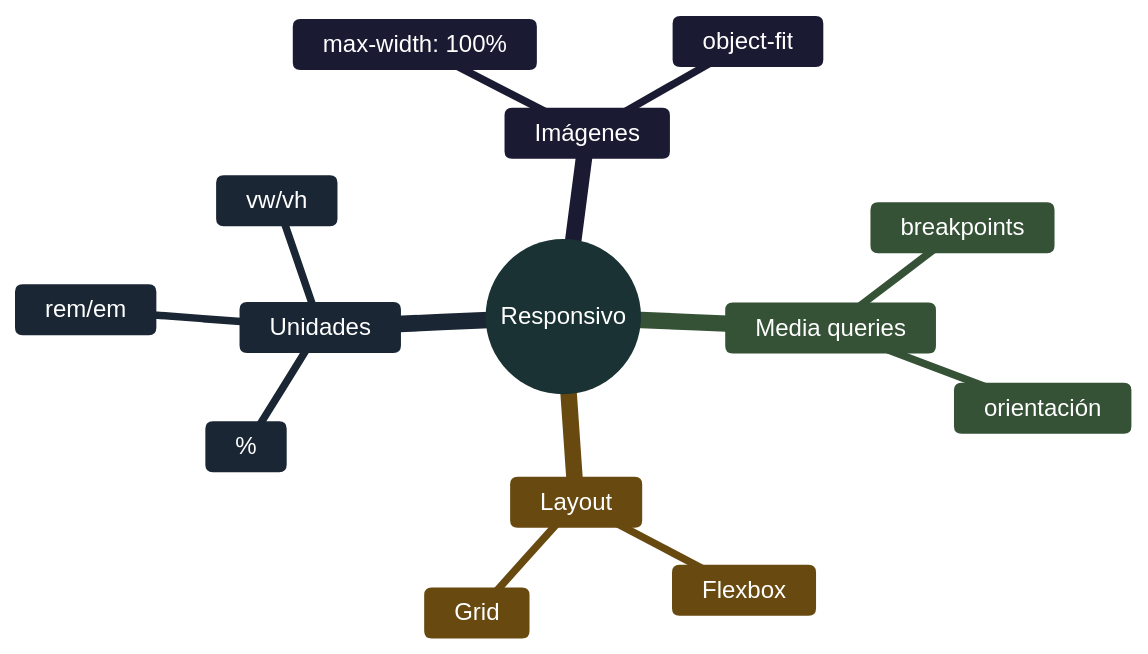
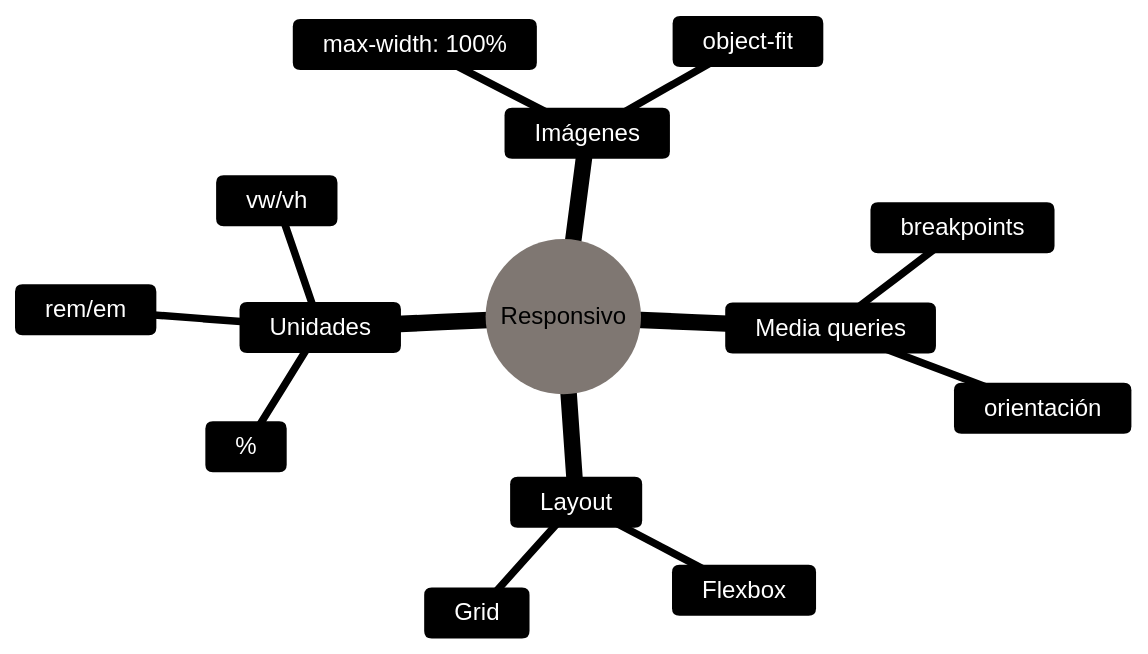
Before and after one commit to NachoOsella/notes-vault: the diagram in Progra 3/02 - Front End/02.01 - U1 HTML, CSS y JavaScript/10 - CSS - Diseño responsivo.md, drawn with Mermaid. The commit also changed 130 other files, not shown here.

````diff
--- a/Progra 3/02 - Front End/02.01 - U1 HTML, CSS y JavaScript/10 - CSS - Diseño responsivo.md
+++ b/Progra 3/02 - Front End/02.01 - U1 HTML, CSS y JavaScript/10 - CSS - Diseño responsivo.md
@@ -16,19 +16,19 @@
 ```mermaid
-%%{init: {'theme': 'base', 'themeVariables': { 'primaryColor': '#458588', 'primaryTextColor': '#ffffff', 'primaryBorderColor': '#83a598', 'lineColor': '#a89984', 'secondaryColor': '#689d6a', 'tertiaryColor': '#d79921', 'background': '#1d2021'}}}%%
+%%{init: {'theme': 'base', 'themeVariables': { 'darkMode': true, 'background': '#1d2021', 'primaryColor': '#3c3836', 'primaryTextColor': '#ffffff', 'primaryBorderColor': '#bdae93', 'secondaryColor': '#504945', 'secondaryTextColor': '#ffffff', 'secondaryBorderColor': '#bdae93', 'tertiaryColor': '#282828', 'tertiaryTextColor': '#ffffff', 'tertiaryBorderColor': '#a89984', 'lineColor': '#d5c4a1', 'textColor': '#ffffff', 'mainBkg': '#282828', 'nodeBkg': '#3c3836', 'nodeTextColor': '#ffffff', 'nodeBorder': '#bdae93', 'clusterBkg': '#282828', 'clusterBorder': '#a89984', 'defaultLinkColor': '#d5c4a1', 'titleColor': '#ffffff', 'edgeLabelBackground': '#282828', 'labelBoxBkgColor': '#3c3836', 'labelBoxBorderColor': '#bdae93', 'labelTextColor': '#ffffff', 'loopTextColor': '#ffffff', 'noteBkgColor': '#282828', 'noteTextColor': '#ffffff', 'noteBorderColor': '#83a598', 'actorBkg': '#3c3836', 'actorBorder': '#bdae93', 'actorTextColor': '#ffffff', 'actorLineColor': '#d5c4a1', 'signalColor': '#d5c4a1', 'signalTextColor': '#ffffff', 'activationBkgColor': '#689d6a', 'activationBorderColor': '#8ec07c', 'sequenceNumberColor': '#ffffff'}, 'themeCSS': 'text, tspan { fill: #ffffff !important; color: #ffffff !important; } .messageText, .labelText, .loopText, .noteText, .actor text, .taskText, .sectionTitle text, .nodeLabel, .edgeLabel, .cluster-label text { fill: #ffffff !important; color: #ffffff !important; } .messageLine0, .messageLine1, .actor-line, .edgePath .path { stroke: #d5c4a1 !important; } .note { fill: #282828 !important; stroke: #83a598 !important; } .labelBox, .edgeLabel rect { fill: #3c3836 !important; stroke: #bdae93 !important; }'}}%%
 mindmap
   root((Responsivo))
     Media queries
       breakpoints
       orientación
     Layout
       Flexbox
       Grid
     Unidades
       %
       rem/em
       vw/vh
     Imágenes
       max-width: 100%
       object-fit
 
 ```
````
